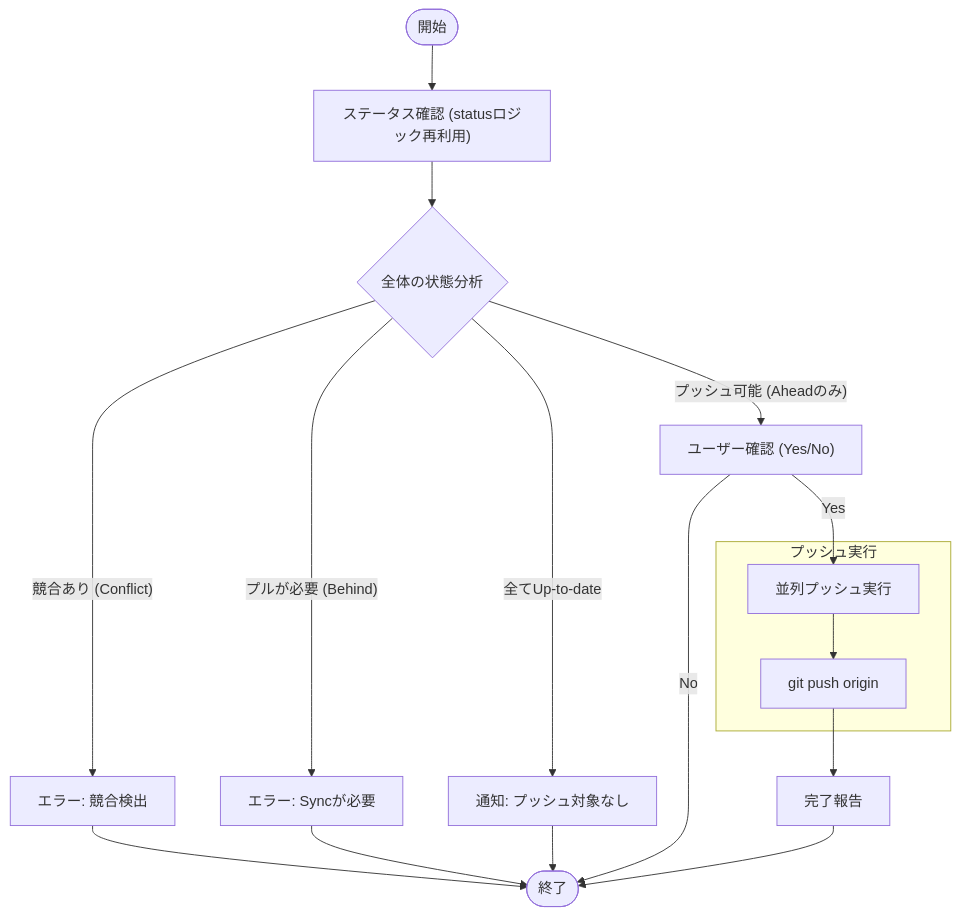
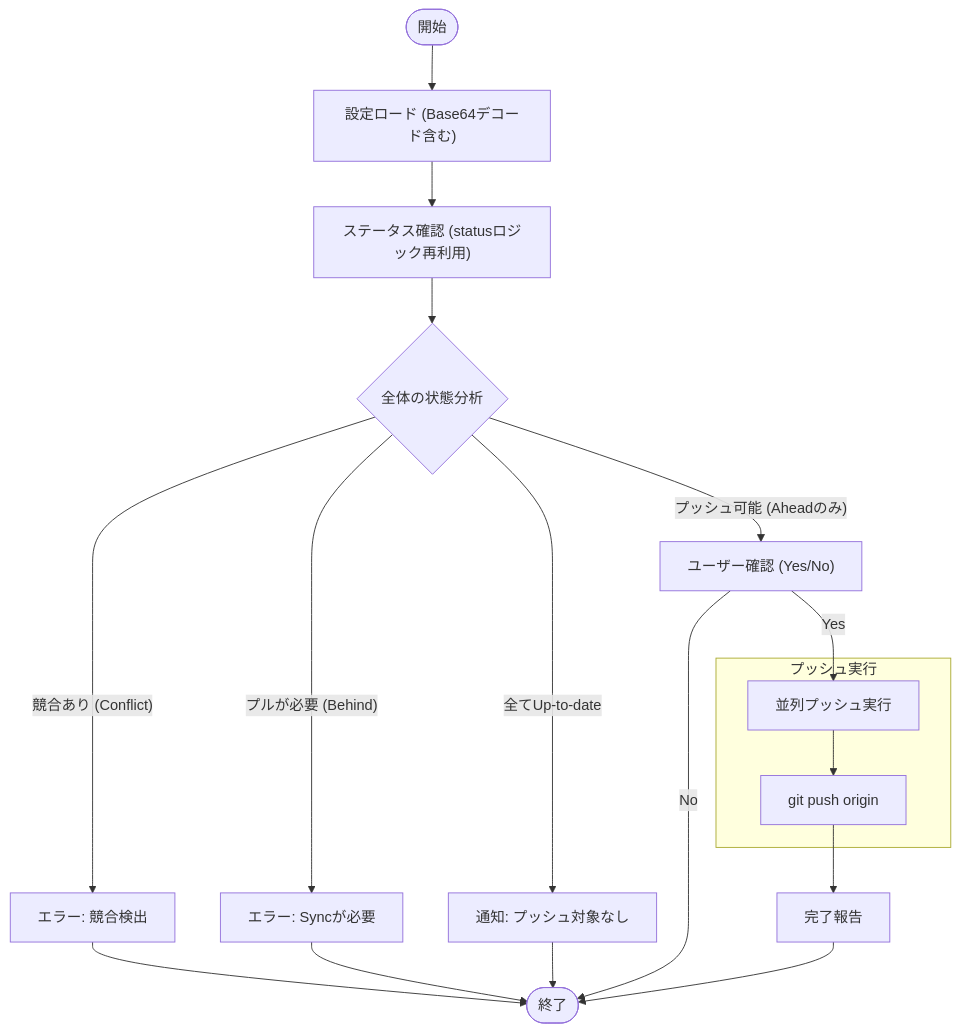
One commit to keiji/mistletoe changed the diagram in docs/internal/app/push.md. Above: the diagram before and after it, drawn with Mermaid. The commit also changed 6 other files, not shown here.

First line of the commit message:
Update Mermaid diagrams to show Base64 decoding step

````diff
--- a/docs/internal/app/push.md
+++ b/docs/internal/app/push.md
@@ -26,23 +26,24 @@
 ```mermaid
 flowchart TD
-    Start(["開始"]) --> StatusCheck["ステータス確認 (statusロジック再利用)"]
+    Start(["開始"]) --> LoadConfig["設定ロード (Base64デコード含む)"]
+    LoadConfig --> StatusCheck["ステータス確認 (statusロジック再利用)"]
     StatusCheck --> AnalyzeState{"全体の状態分析"}
 
     AnalyzeState -- "競合あり (Conflict)" --> ErrorConflict["エラー: 競合検出"]
     AnalyzeState -- "プルが必要 (Behind)" --> ErrorBehind["エラー: Syncが必要"]
     AnalyzeState -- "全てUp-to-date" --> InfoNothing["通知: プッシュ対象なし"]
     AnalyzeState -- "プッシュ可能 (Aheadのみ)" --> Confirm["ユーザー確認 (Yes/No)"]
 
     Confirm -- "No" --> Stop(["終了"])
     Confirm -- "Yes" --> PushLoop["並列プッシュ実行"]
 
     subgraph "プッシュ実行"
         PushLoop --> GitPush["git push origin <branch>"]
     end
 
     GitPush --> Report["完了報告"]
     ErrorConflict --> Stop
     ErrorBehind --> Stop
     InfoNothing --> Stop
     Report --> Stop
 ```
````
